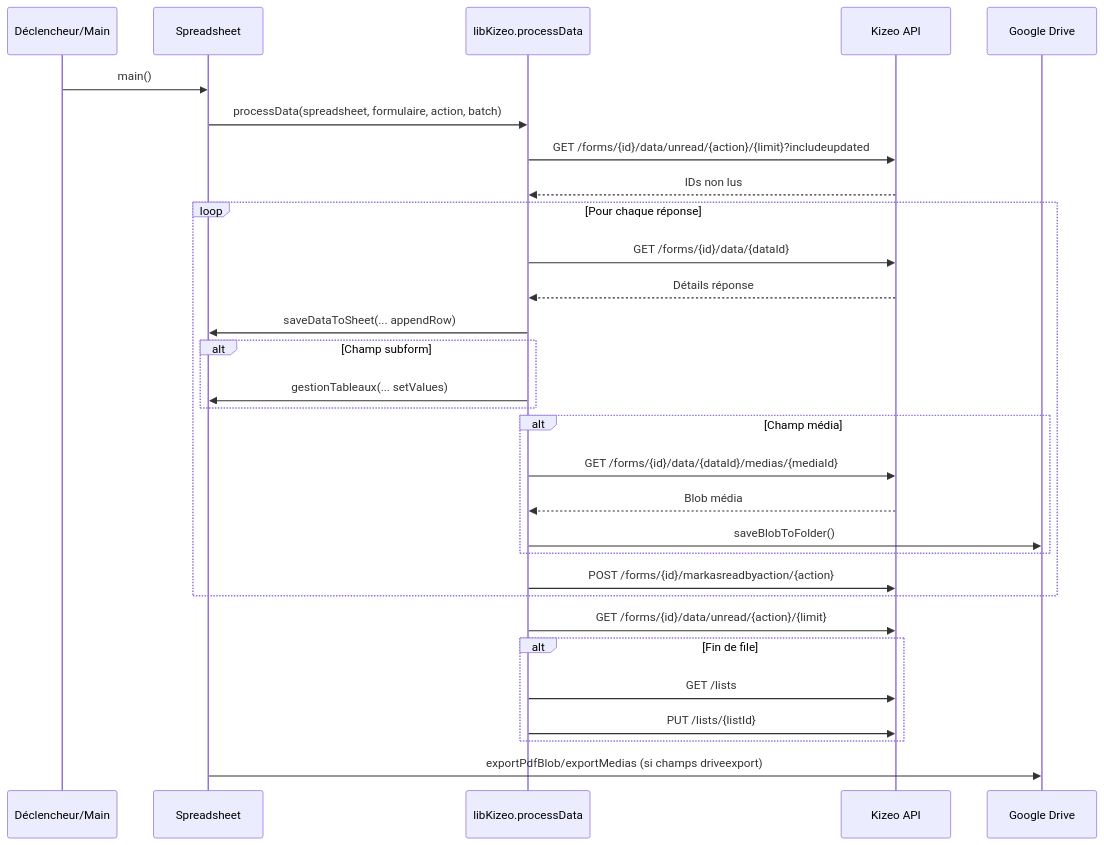
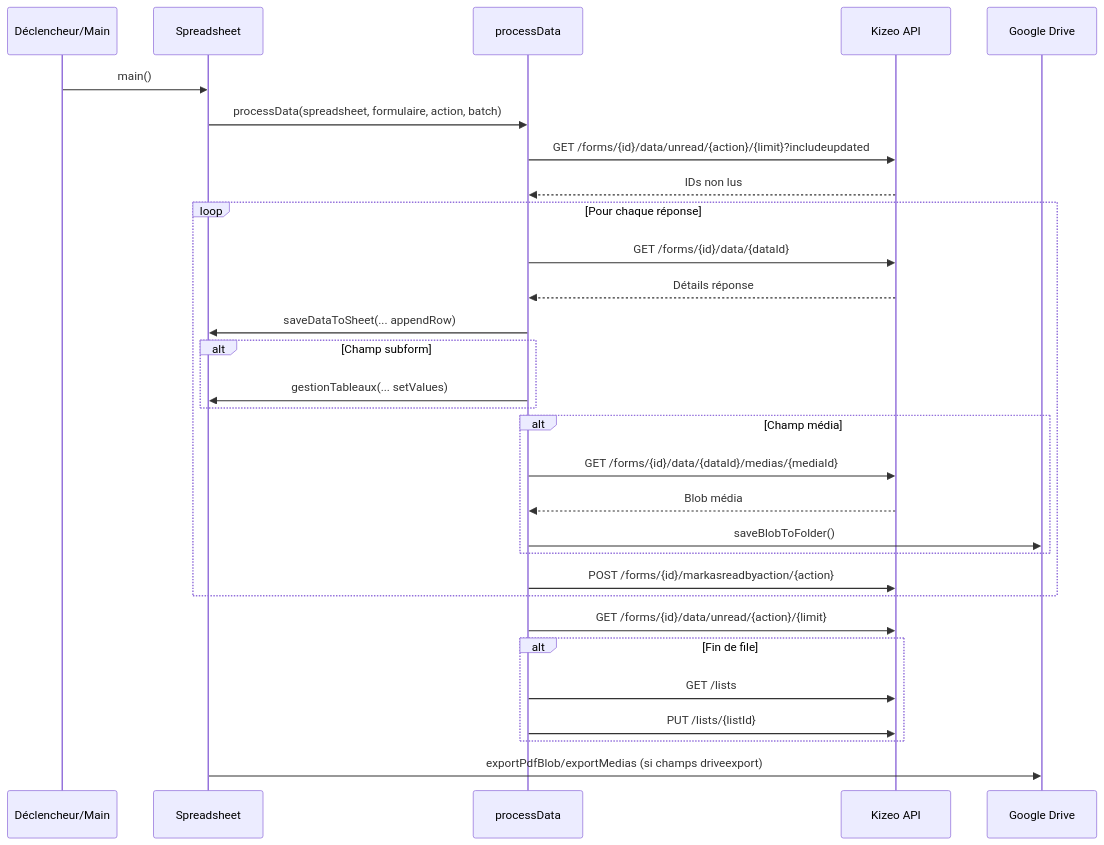
Before and after one commit to jS0nn/api-kizeo-bq: the second of 4 diagrams in context-kizeo.md, drawn with Mermaid. The commit also changed other lines of this file and 39 other files, not shown here.

Commit message:
lib: clarifier modules bigquery et exposer libKizeo

````diff
--- a/context-kizeo.md
+++ b/context-kizeo.md
@@ -80,33 +81,33 @@
 ```mermaid
 sequenceDiagram
     participant Trigger as Déclencheur/Main
     participant Sheet as Spreadsheet
-    participant Lib as libKizeo.processData
+    participant Lib as processData
     participant Kizeo as Kizeo API
     participant Drive as Google Drive
 
     Trigger->>Sheet: main()
     Sheet->>Lib: processData(spreadsheet, formulaire, action, batch)
     Lib->>Kizeo: GET /forms/{id}/data/unread/{action}/{limit}?includeupdated
     Kizeo-->>Lib: IDs non lus
     loop Pour chaque réponse
         Lib->>Kizeo: GET /forms/{id}/data/{dataId}
         Kizeo-->>Lib: Détails réponse
         Lib->>Sheet: saveDataToSheet(... appendRow)
         alt Champ subform
             Lib->>Sheet: gestionTableaux(... setValues)
         end
         alt Champ média
             Lib->>Kizeo: GET /forms/{id}/data/{dataId}/medias/{mediaId}
             Kizeo-->>Lib: Blob média
             Lib->>Drive: saveBlobToFolder()
         end
         Lib->>Kizeo: POST /forms/{id}/markasreadbyaction/{action}
     end
     Lib->>Kizeo: GET /forms/{id}/data/unread/{action}/{limit}
     alt Fin de file
         Lib->>Kizeo: GET /lists
         Lib->>Kizeo: PUT /lists/{listId}
     end
     Sheet->>Drive: exportPdfBlob/exportMedias (si champs driveexport)
 ```
````
